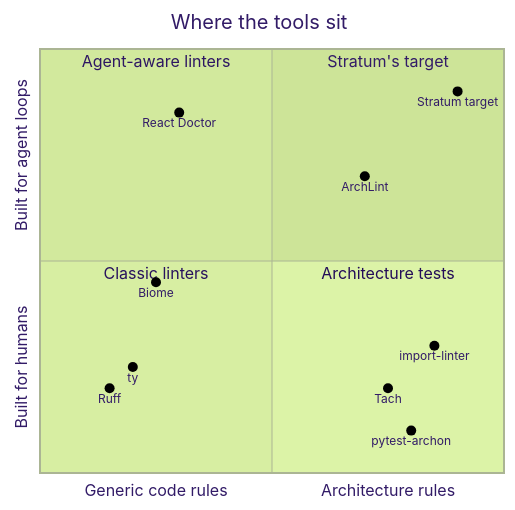
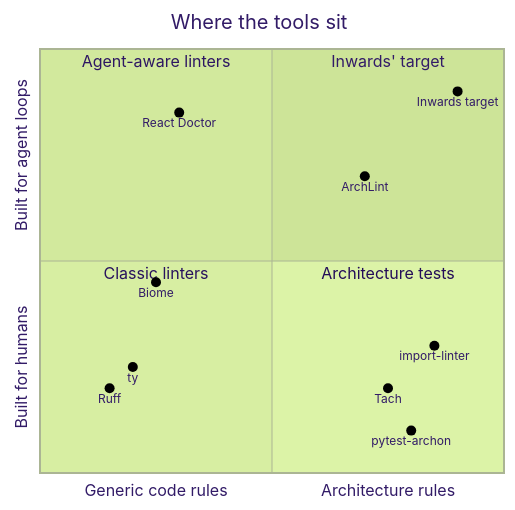
Before and after one commit to SirCypkowskyy/inwards: the first of 2 diagrams in docs/chapters/02-Business-Context.md, drawn with Mermaid (forest theme). The commit also changed other lines of this file and 46 other files, not shown here.

First line of the commit message:
Rename Stratum to Inwards; publish docs on GitHub Pages

````diff
--- a/docs/chapters/02-Business-Context.md
+++ b/docs/chapters/02-Business-Context.md
@@ -96,19 +96,19 @@
 ```mermaid
 quadrantChart
     title Where the tools sit
     x-axis "Generic code rules" --> "Architecture rules"
     y-axis "Built for humans" --> "Built for agent loops"
-    quadrant-1 "Stratum's target"
+    quadrant-1 "Inwards' target"
     quadrant-2 "Agent-aware linters"
     quadrant-3 "Classic linters"
     quadrant-4 "Architecture tests"
     Ruff: [0.15, 0.2]
     ty: [0.2, 0.25]
     Biome: [0.25, 0.45]
     React Doctor: [0.3, 0.85]
     ArchLint: [0.7, 0.7]
     import-linter: [0.85, 0.3]
     pytest-archon: [0.8, 0.1]
     Tach: [0.75, 0.2]
-    Stratum target: [0.9, 0.9]
+    Inwards target: [0.9, 0.9]
 ```
````
